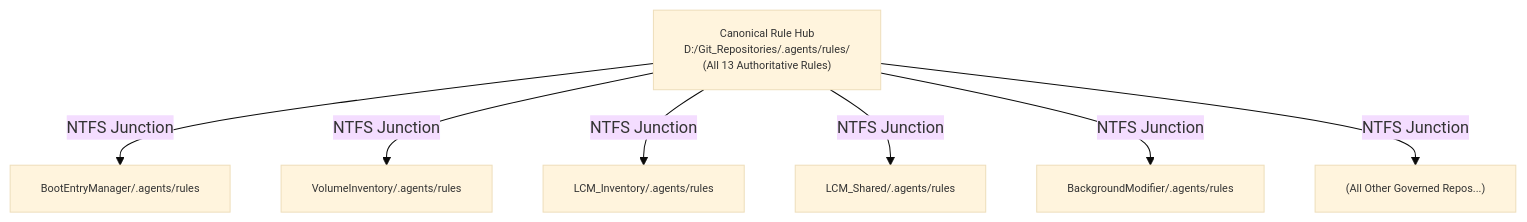
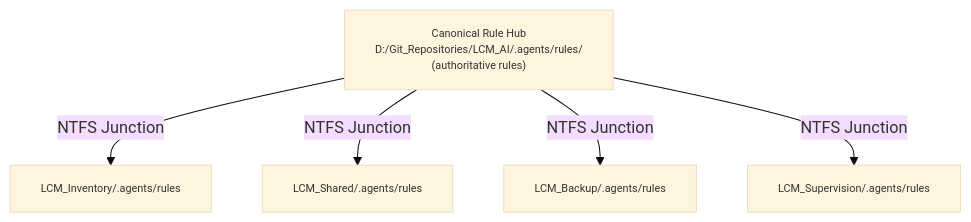
Before and after one commit to rgbigel/Workspace_AI: the second of 12 diagrams in docs/Architecture.md, drawn with Mermaid (base theme). The commit also changed other lines of this file and 12 other files, not shown here.

````diff
--- a/docs/Architecture.md
+++ b/docs/Architecture.md
@@ -61,14 +59,12 @@
 ```mermaid
 graph TD
     classDef default font-size:8pt;
-    Hub["Canonical Rule Hub<br/>D:/Git_Repositories/.agents/rules/<br/>(All 13 Authoritative Rules)"]
+    Hub["Canonical Rule Hub<br/>D:/Git_Repositories/LCM_AI/.agents/rules/<br/>(authoritative rules)"]
     
-    Hub -->|NTFS Junction| J1["BootEntryManager/.agents/rules"]
-    Hub -->|NTFS Junction| J2["VolumeInventory/.agents/rules"]
-    Hub -->|NTFS Junction| J3["LCM_Inventory/.agents/rules"]
-    Hub -->|NTFS Junction| J4["LCM_Shared/.agents/rules"]
-    Hub -->|NTFS Junction| J5["BackgroundModifier/.agents/rules"]
-    Hub -->|NTFS Junction| J6["(All Other Governed Repos...)"]
+    Hub -->|NTFS Junction| J1["LCM_Inventory/.agents/rules"]
+    Hub -->|NTFS Junction| J2["LCM_Shared/.agents/rules"]
+    Hub -->|NTFS Junction| J3["LCM_Backup/.agents/rules"]
+    Hub -->|NTFS Junction| J4["LCM_Supervision/.agents/rules"]
 
 
 ```
````
